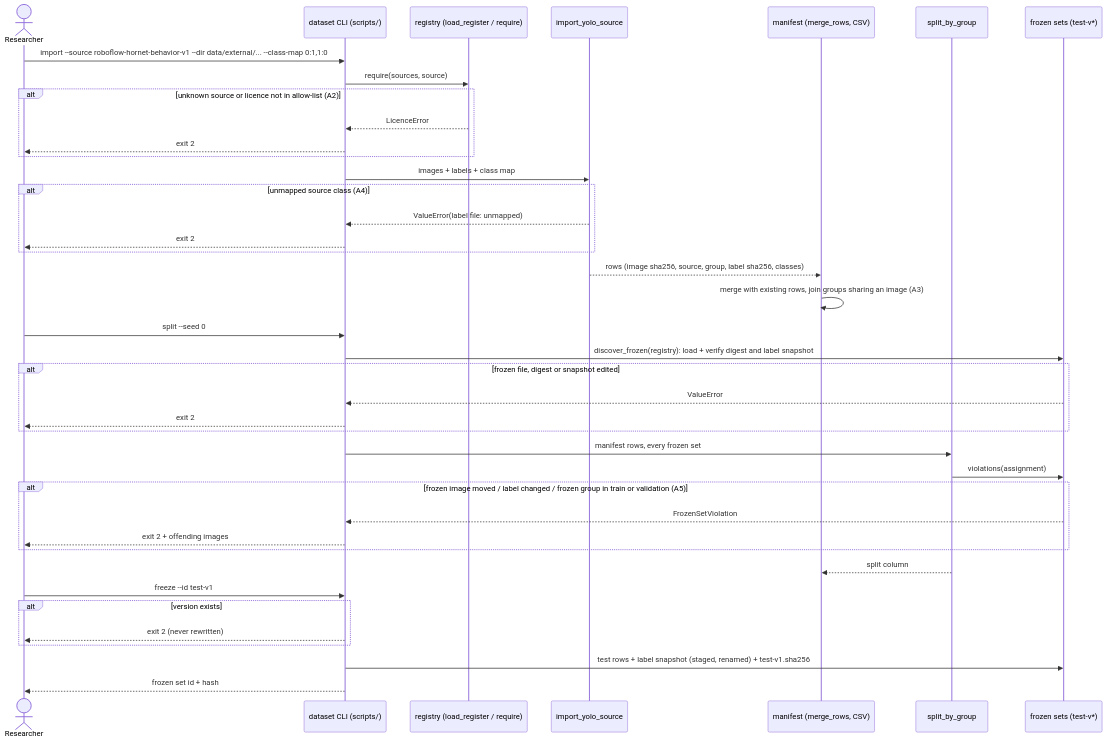
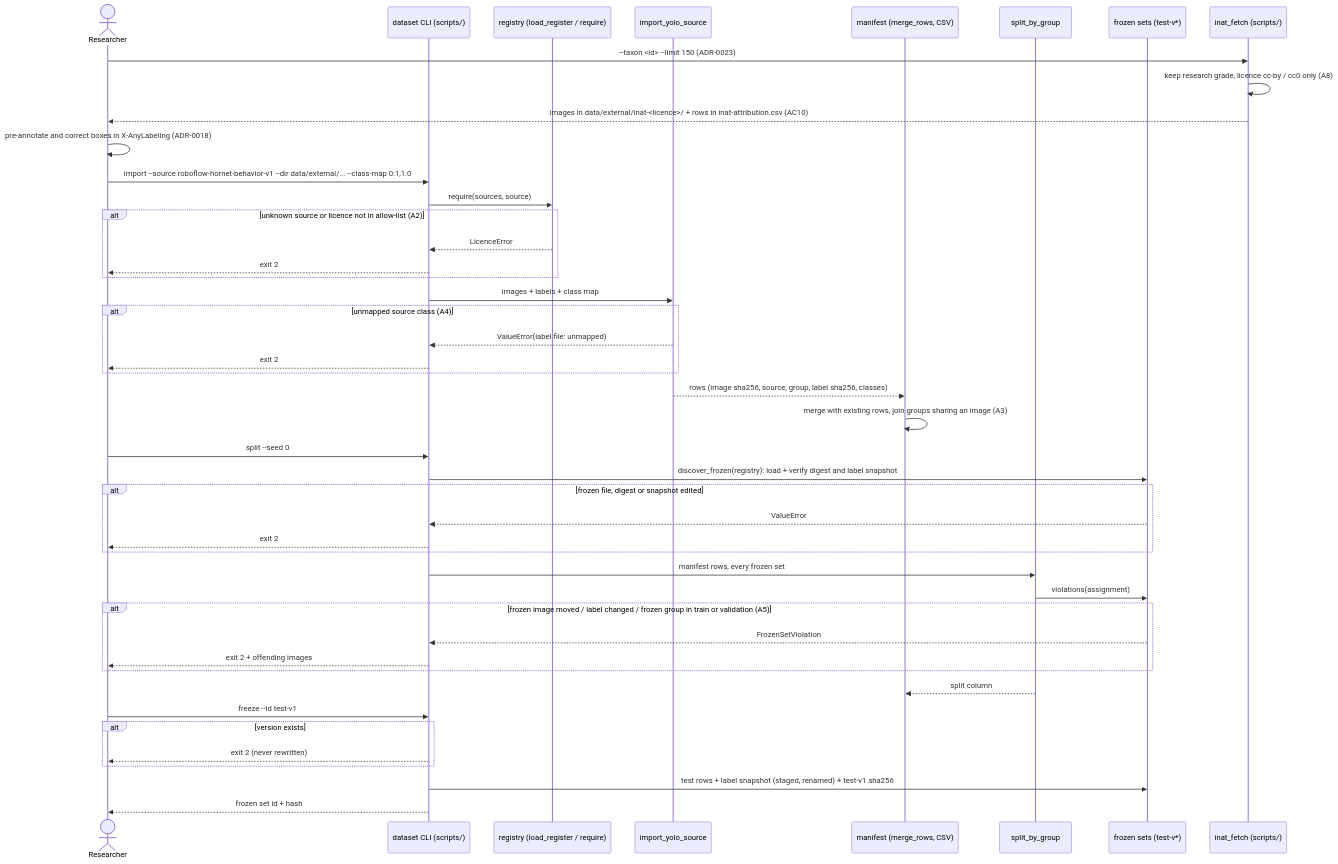
One commit to benoit-bremaud/aristech changed the diagram in docs/architecture/diagrams/annotation-pipeline/02-sequence-import-split-freeze.md. Above: the diagram before and after it, drawn with Mermaid. The commit also changed other lines of this file and 14 other files, not shown here.

````diff
--- a/docs/architecture/diagrams/annotation-pipeline/02-sequence-import-split-freeze.md
+++ b/docs/architecture/diagrams/annotation-pipeline/02-sequence-import-split-freeze.md
@@ -6,43 +6,48 @@
 ```mermaid
 sequenceDiagram
     actor R as Researcher
     participant CLI as dataset CLI (scripts/)
     participant Reg as registry (load_register / require)
     participant Imp as import_yolo_source
     participant Man as manifest (merge_rows, CSV)
     participant Spl as split_by_group
     participant Frz as frozen sets (test-v*)
+    participant Inat as inat_fetch (scripts/)
 
+    R->>Inat: --taxon <id> --limit 150 (ADR-0023)
+    Inat->>Inat: keep research grade, licence cc-by / cc0 only (A8)
+    Inat-->>R: images in data/external/inat-<licence>/ + rows in inat-attribution.csv (AC10)
+    R->>R: pre-annotate and correct boxes in X-AnyLabeling (ADR-0018)
     R->>CLI: import --source roboflow-hornet-behavior-v1 --dir data/external/... --class-map 0:1,1:0
     CLI->>Reg: require(sources, source)
     alt unknown source or licence not in allow-list (A2)
         Reg-->>CLI: LicenceError
         CLI-->>R: exit 2
     end
     CLI->>Imp: images + labels + class map
     alt unmapped source class (A4)
         Imp-->>CLI: ValueError(label file: unmapped)
         CLI-->>R: exit 2
     end
     Imp-->>Man: rows (image sha256, source, group, label sha256, classes)
     Man->>Man: merge with existing rows, join groups sharing an image (A3)
     R->>CLI: split --seed 0
     CLI->>Frz: discover_frozen(registry): load + verify digest and label snapshot
     alt frozen file, digest or snapshot edited
         Frz-->>CLI: ValueError
         CLI-->>R: exit 2
     end
     CLI->>Spl: manifest rows, every frozen set
     Spl->>Frz: violations(assignment)
     alt frozen image moved / label changed / frozen group in train or validation (A5)
         Frz-->>CLI: FrozenSetViolation
         CLI-->>R: exit 2 + offending images
     end
     Spl-->>Man: split column
     R->>CLI: freeze --id test-v1
     alt version exists
         CLI-->>R: exit 2 (never rewritten)
     end
     CLI->>Frz: test rows + label snapshot (staged, renamed) + test-v1.sha256
     CLI-->>R: frozen set id + hash
 ```
````
